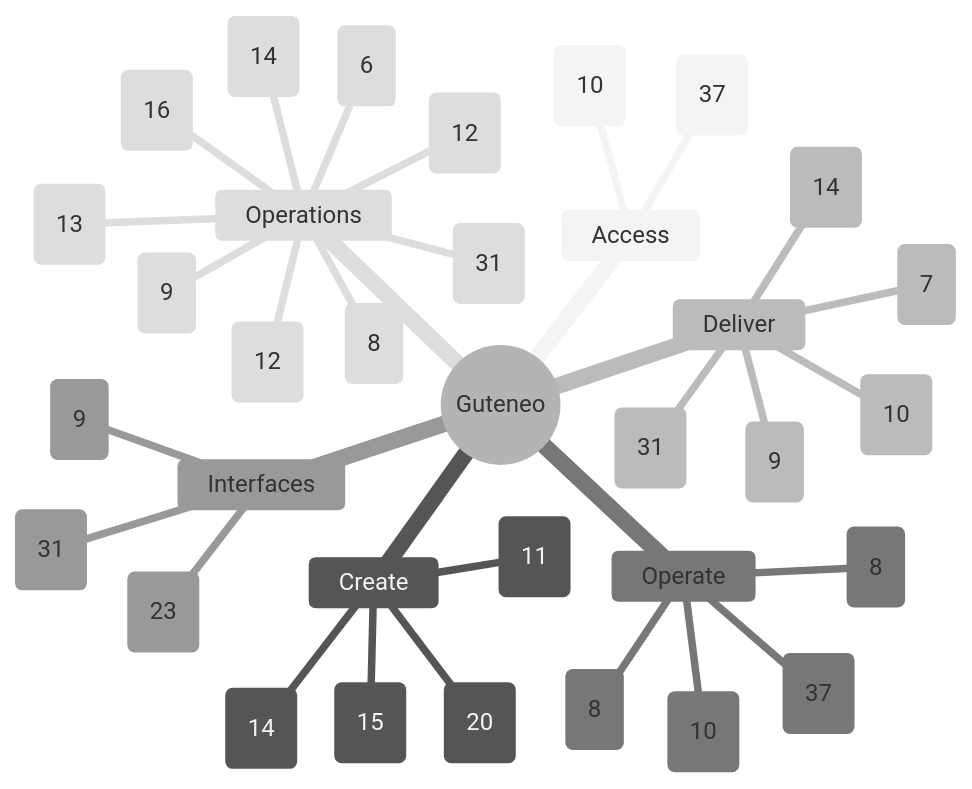
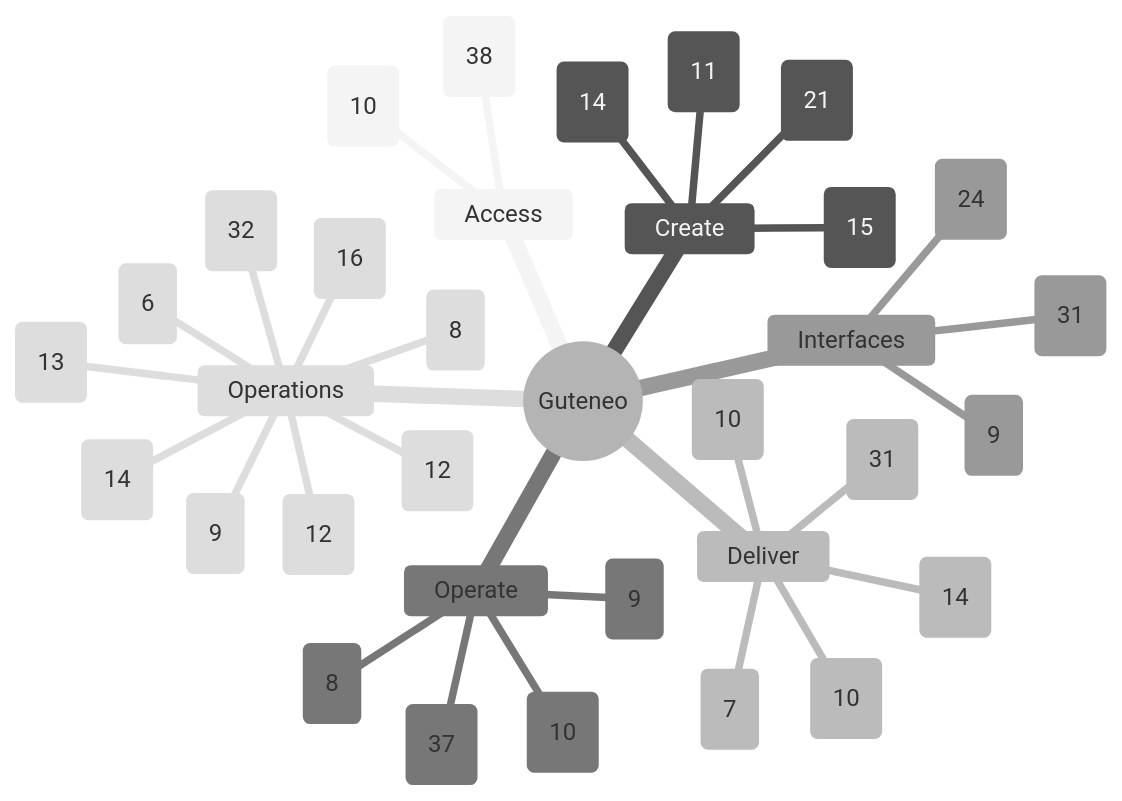
The diagram in docs/FEATURE_MAP.md (nclsppr/guteneo), drawn with Mermaid (neutral theme) before and after one commit. The commit also changed other lines of this file and 47 other files, not shown here.

````diff
--- a/docs/FEATURE_MAP.md
+++ b/docs/FEATURE_MAP.md
@@ -13,37 +13,37 @@
 ```mermaid
 mindmap
   root((Guteneo))
     Access
-      Access and identity (37)
+      Access and identity (38)
       Team and responsibilities (10)
     Create
-      Documents and protection (20)
+      Documents and protection (21)
       Template studio (14)
       Data and mappings (11)
       PDF generation and distribution (15)
     Deliver
-      Fax (9)
+      Fax (10)
       Postal mail (10)
       Email and protected links (14)
       Sensitive distribution and personal documents (31)
       Dispatch dry run (7)
     Operate
       Campaigns and tracking (8)
-      Credits and billing (8)
+      Credits and billing (9)
       Workspace layout and browser appearance (37)
       PDF verification (10)
     Interfaces
       Assistants and API (31)
       iPhone and iPad (9)
-      Public pages, languages and appearance (23)
+      Public pages, languages and appearance (24)
     Operations
       Reviewer OAuth qualification (9)
-      Operations and reliability (31)
+      Operations and reliability (32)
       Belvédère platform oversight (14)
       Public service status (16)
       Engineering documentation (12)
       Codex Cloud development (8)
       Continuous reviewer preparation (6)
       Automatic fax tariff maintenance (13)
       Consumed provider freshness and J-1 alerts (12)
 ```
````
